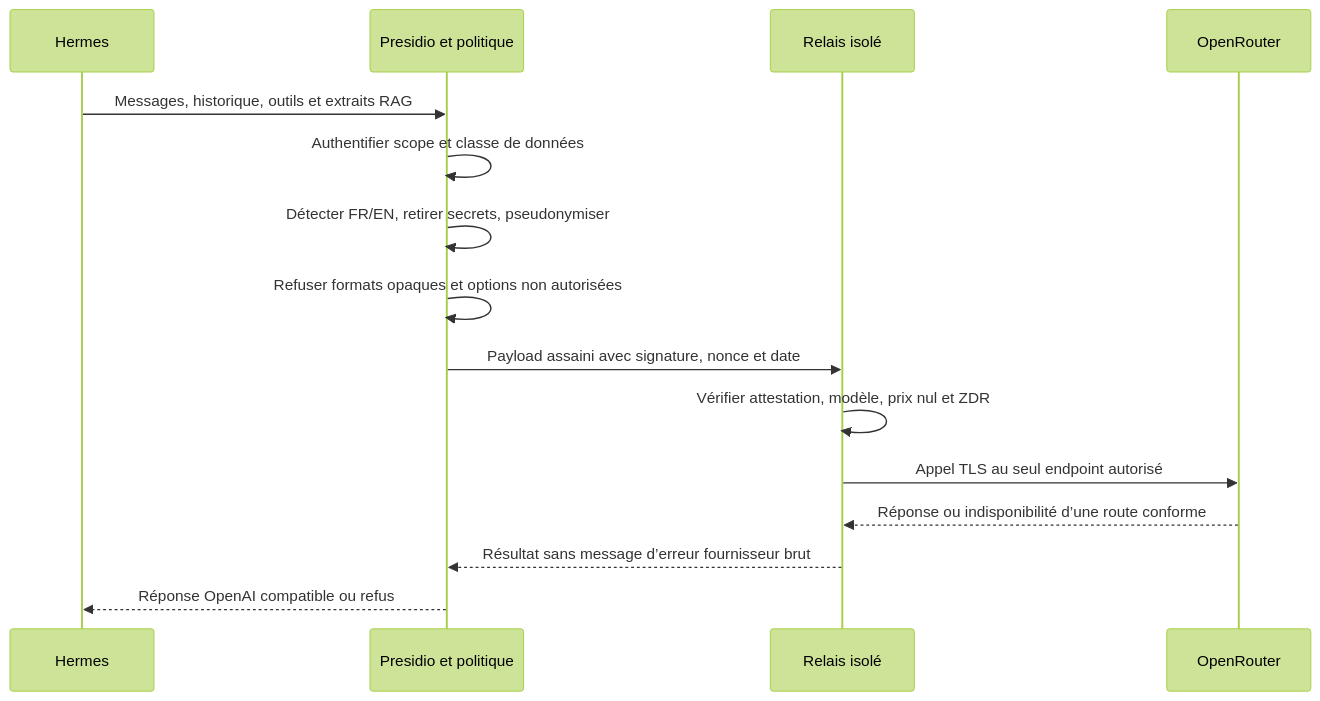
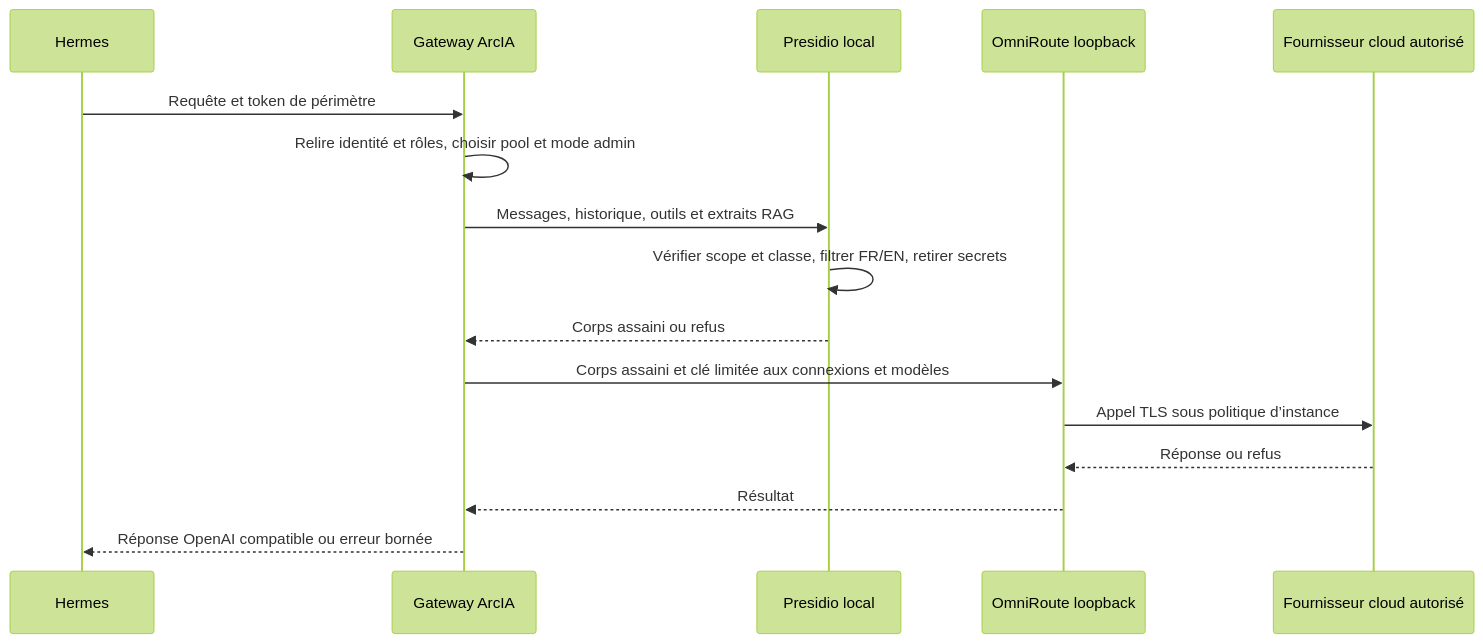
One commit to nicolastheuil/ArcIA changed the third of 5 diagrams in docs/schemas-plateforme-hermes.md. Above: the diagram before and after it, drawn with Mermaid (forest theme). The commit also changed other lines of this file and 22 other files, not shown here.

Commit message:
Qualify private OmniRoute provider access and preserve default routing

````diff
--- a/docs/schemas-plateforme-hermes.md
+++ b/docs/schemas-plateforme-hermes.md
@@ -47,17 +49,18 @@
 ```mermaid
 sequenceDiagram
   participant H as Hermes
-  participant P as Presidio et politique
-  participant R as Relais isolé
-  participant C as OpenRouter
-  H->>P: Messages, historique, outils et extraits RAG
-  P->>P: Authentifier scope et classe de données
-  P->>P: Détecter FR/EN, retirer secrets, pseudonymiser
-  P->>P: Refuser formats opaques et options non autorisées
-  P->>R: Payload assaini avec signature, nonce et date
-  R->>R: Vérifier attestation, modèle, prix nul et ZDR
-  R->>C: Appel TLS au seul endpoint autorisé
-  C-->>R: Réponse ou indisponibilité d’une route conforme
-  R-->>P: Résultat sans message d’erreur fournisseur brut
-  P-->>H: Réponse OpenAI compatible ou refus
+  participant G as Gateway ArcIA
+  participant P as Presidio local
+  participant R as OmniRoute loopback
+  participant C as Fournisseur cloud autorisé
+  H->>G: Requête et token de périmètre
+  G->>G: Relire identité et rôles, choisir pool et mode admin
+  G->>P: Messages, historique, outils et extraits RAG
+  P->>P: Vérifier scope et classe, filtrer FR/EN, retirer secrets
+  P-->>G: Corps assaini ou refus
+  G->>R: Corps assaini et clé limitée aux connexions et modèles
+  R->>C: Appel TLS sous politique d’instance
+  C-->>R: Réponse ou refus
+  R-->>G: Résultat
+  G-->>H: Réponse OpenAI compatible ou erreur bornée
 ```
````
